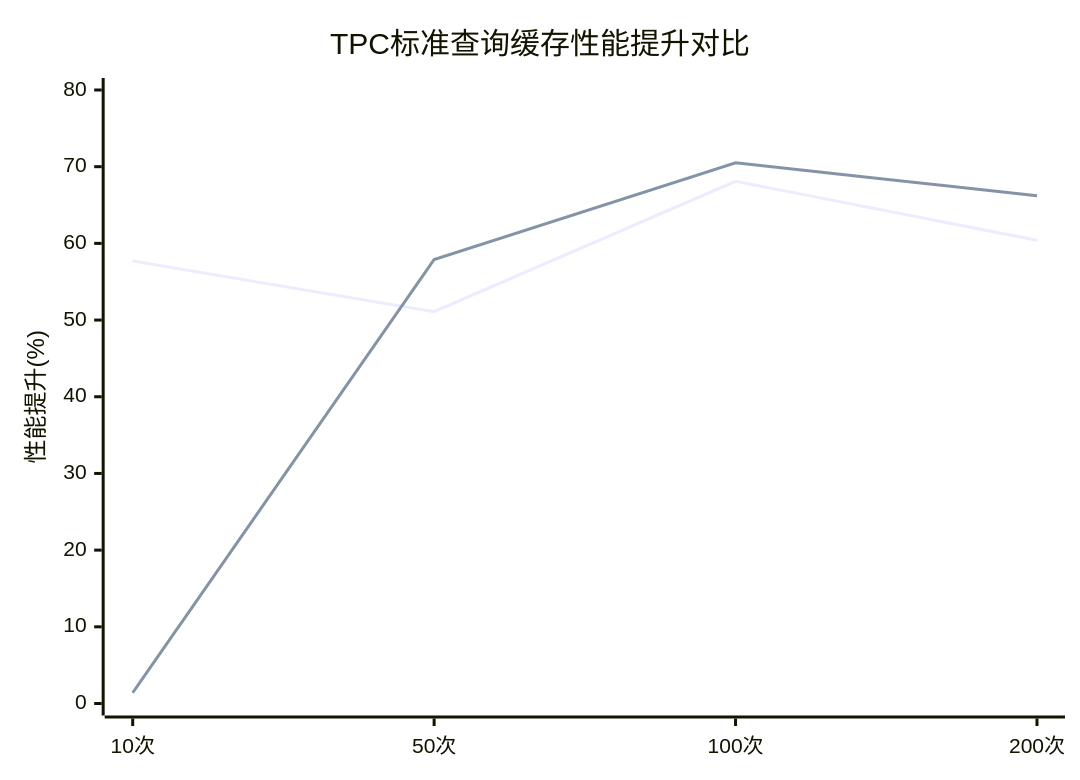
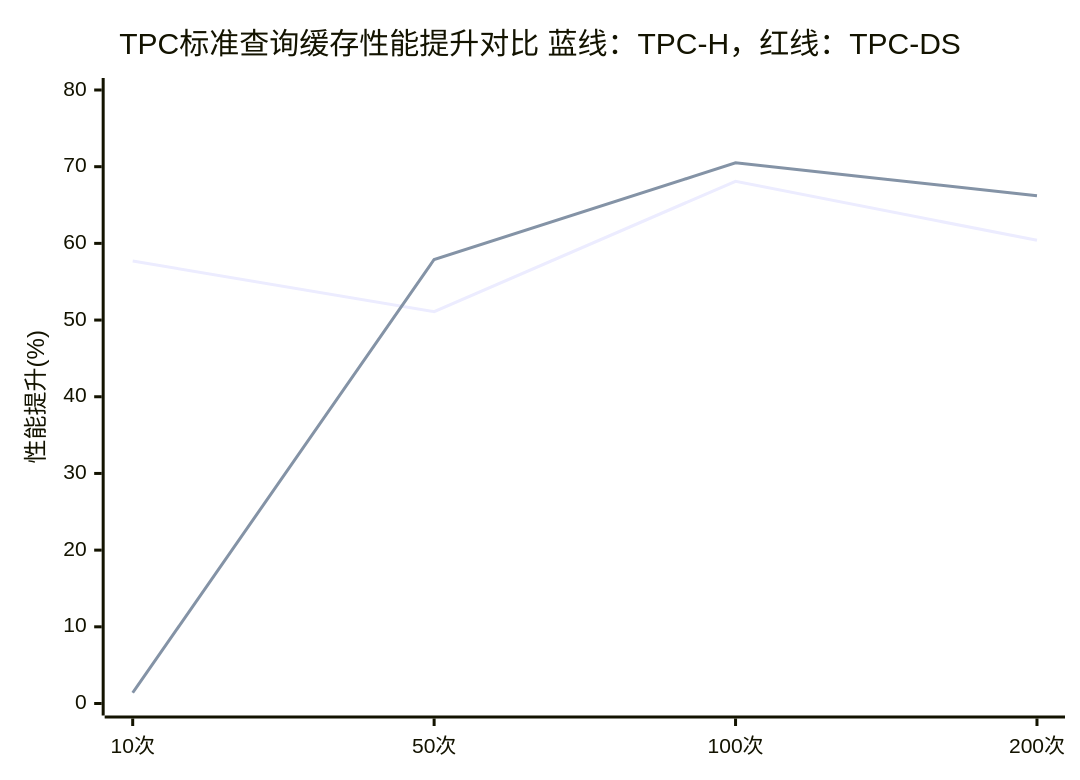
Diagram 12 of 24 in md/第五章-实验与分析.md (crazypenguincode/duckdb), drawn with Mermaid before and after one commit. The commit also changed other lines of this file and 459 other files, not shown here.

````diff
--- a/md/第五章-实验与分析.md
+++ b/md/第五章-实验与分析.md
@@ -409,8 +409,8 @@
 ```mermaid
 xychart-beta
-    title "TPC标准查询缓存性能提升对比"
+    title "TPC标准查询缓存性能提升对比 蓝线：TPC-H，红线：TPC-DS"
     x-axis ["10次", "50次", "100次", "200次"]
     y-axis "性能提升(%)" 0 --> 80
     line [57.7, 51.1, 68.1, 60.4]
     line [1.4, 57.9, 70.5, 66.2]
 ```
````
